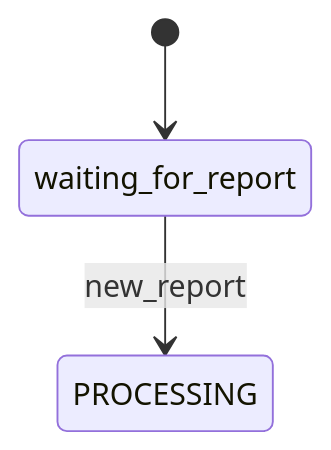
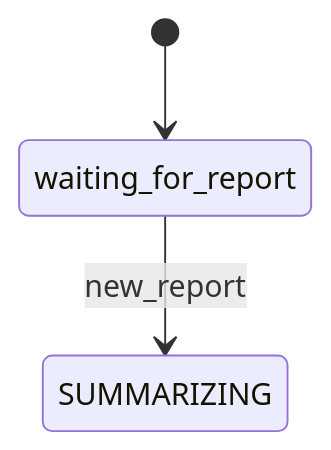
The diagram in docs/fsm-diagrams/patient_records/IDLE.mermaid (sheikkinen/statemachine-engine), drawn with Mermaid before and after one commit. The commit also changed 21 other files, not shown here.

```diff
--- a/docs/fsm-diagrams/patient_records/IDLE.mermaid
+++ b/docs/fsm-diagrams/patient_records/IDLE.mermaid
@@ -1,13 +1,14 @@
 stateDiagram-v2
     %% Detailed view of IDLE
 
     [*] --> waiting_for_report
 
     %% Internal transitions
 
     %% External composites
-    state PROCESSING
-    state COMPLETION
+    state SUMMARIZING
+    state FACT_CHECKING
+    state COMPLETED
 
     %% Transitions to other composites
-    waiting_for_report --> PROCESSING : new_report
+    waiting_for_report --> SUMMARIZING : new_report
```
